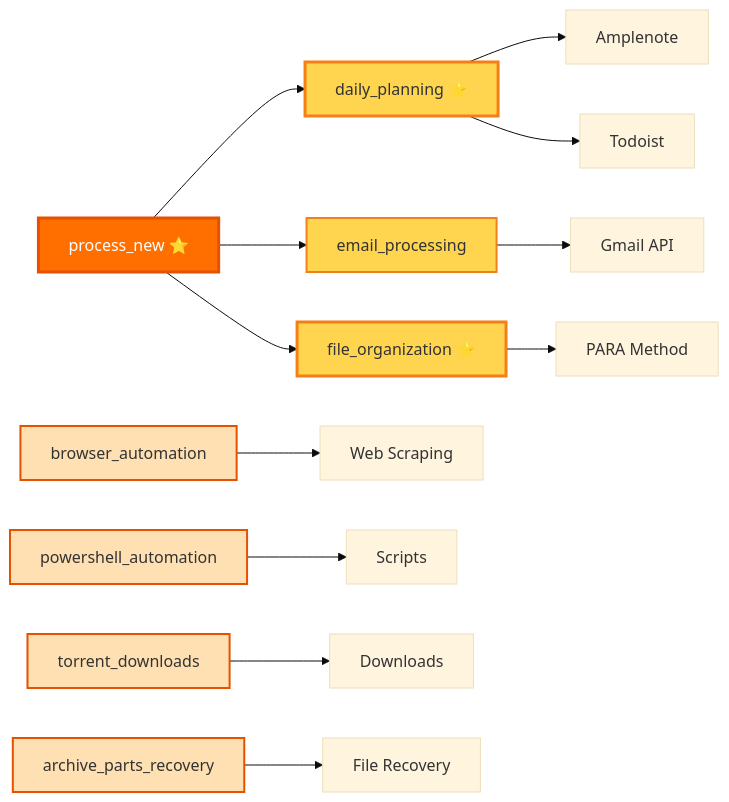
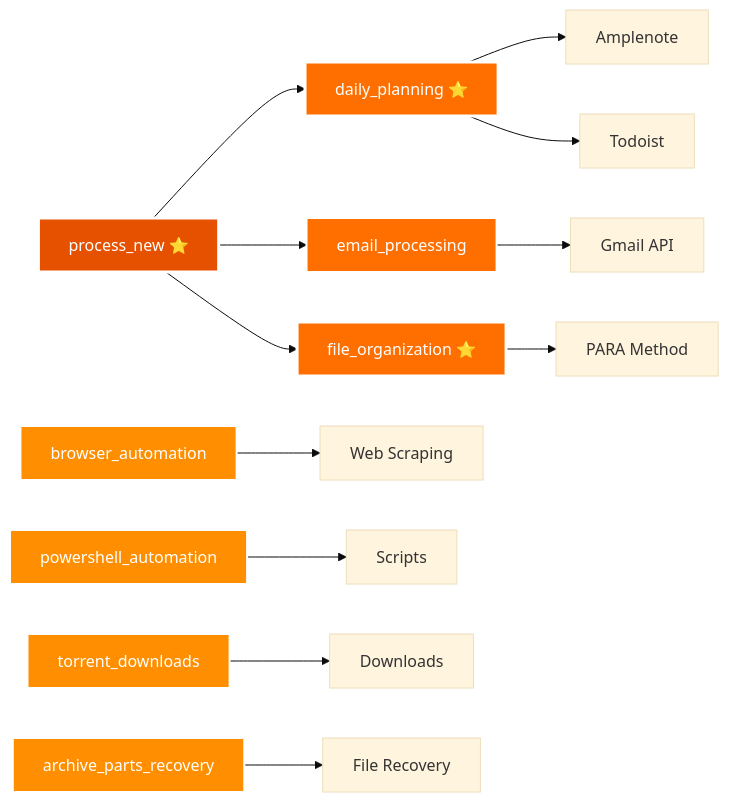
One commit to adourish/skills changed the second of 6 diagrams in README.md. Above: the diagram before and after it, drawn with Mermaid (base theme). The commit also changed other lines of this file and 5 other files, not shown here.

````diff
--- a/README.md
+++ b/README.md
@@ -166,25 +540,25 @@
 ```mermaid
 graph LR
     PN[process_new ⭐] --> DP[daily_planning ⭐]
     PN --> EP[email_processing]
     PN --> FO[file_organization ⭐]
     
     DP --> AMP[Amplenote]
     DP --> TODO[Todoist]
     EP --> GMAIL[Gmail API]
     FO --> PARA[PARA Method]
     
     BA[browser_automation] --> WEB[Web Scraping]
     PS[powershell_automation] --> SCRIPTS[Scripts]
     TD[torrent_downloads] --> DL[Downloads]
     AR[archive_parts_recovery] --> FILES[File Recovery]
     
-    style PN fill:#ff6f00,stroke:#e65100,stroke-width:3px,color:#fff
-    style DP fill:#ffd54f,stroke:#f57f17,stroke-width:3px
-    style EP fill:#ffd54f,stroke:#f57f17,stroke-width:2px
-    style FO fill:#ffd54f,stroke:#f57f17,stroke-width:3px
-    style BA fill:#ffe0b2,stroke:#e65100,stroke-width:2px
-    style PS fill:#ffe0b2,stroke:#e65100,stroke-width:2px
-    style TD fill:#ffe0b2,stroke:#e65100,stroke-width:2px
-    style AR fill:#ffe0b2,stroke:#e65100,stroke-width:2px
+    style PN fill:#e65100,stroke:#ffffff,stroke-width:3px,color:#ffffff
+    style DP fill:#ff6f00,stroke:#ffffff,stroke-width:3px,color:#ffffff
+    style EP fill:#ff6f00,stroke:#ffffff,stroke-width:2px,color:#ffffff
+    style FO fill:#ff6f00,stroke:#ffffff,stroke-width:3px,color:#ffffff
+    style BA fill:#ff8f00,stroke:#ffffff,stroke-width:2px,color:#ffffff
+    style PS fill:#ff8f00,stroke:#ffffff,stroke-width:2px,color:#ffffff
+    style TD fill:#ff8f00,stroke:#ffffff,stroke-width:2px,color:#ffffff
+    style AR fill:#ff8f00,stroke:#ffffff,stroke-width:2px,color:#ffffff
 ```
````
